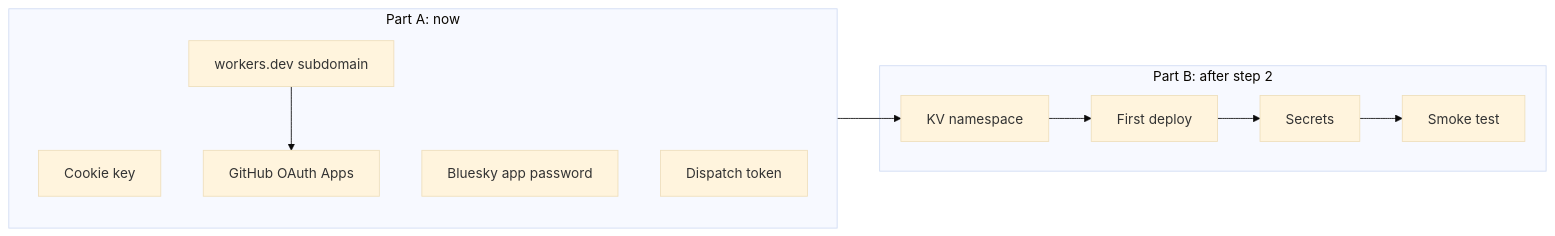
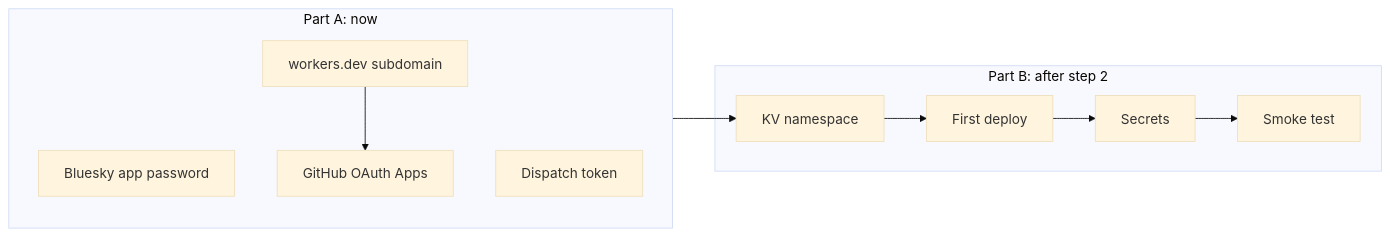
One commit to jlawcordova/jlawcordova-atproto changed the diagram in docs/setup.md. Above: the diagram before and after it, drawn with Mermaid (base theme). The commit also changed other lines of this file and 1 other file, not shown here.

````diff
--- a/docs/setup.md
+++ b/docs/setup.md
@@ -11,18 +11,17 @@
 ```mermaid
 flowchart LR
     subgraph A["Part A: now"]
-        A1["Cookie key"]
-        A2["Bluesky app password"]
-        A3["Dispatch token"]
-        A4["workers.dev subdomain"]
-        A5["GitHub OAuth Apps"]
+        A1["Bluesky app password"]
+        A2["Dispatch token"]
+        A3["workers.dev subdomain"]
+        A4["GitHub OAuth Apps"]
     end
     subgraph B["Part B: after step 2"]
         B1["KV namespace"]
         B2["First deploy"]
         B3["Secrets"]
         B4["Smoke test"]
     end
-    A4 --> A5
+    A3 --> A4
     A --> B1 --> B2 --> B3 --> B4
 ```
````
